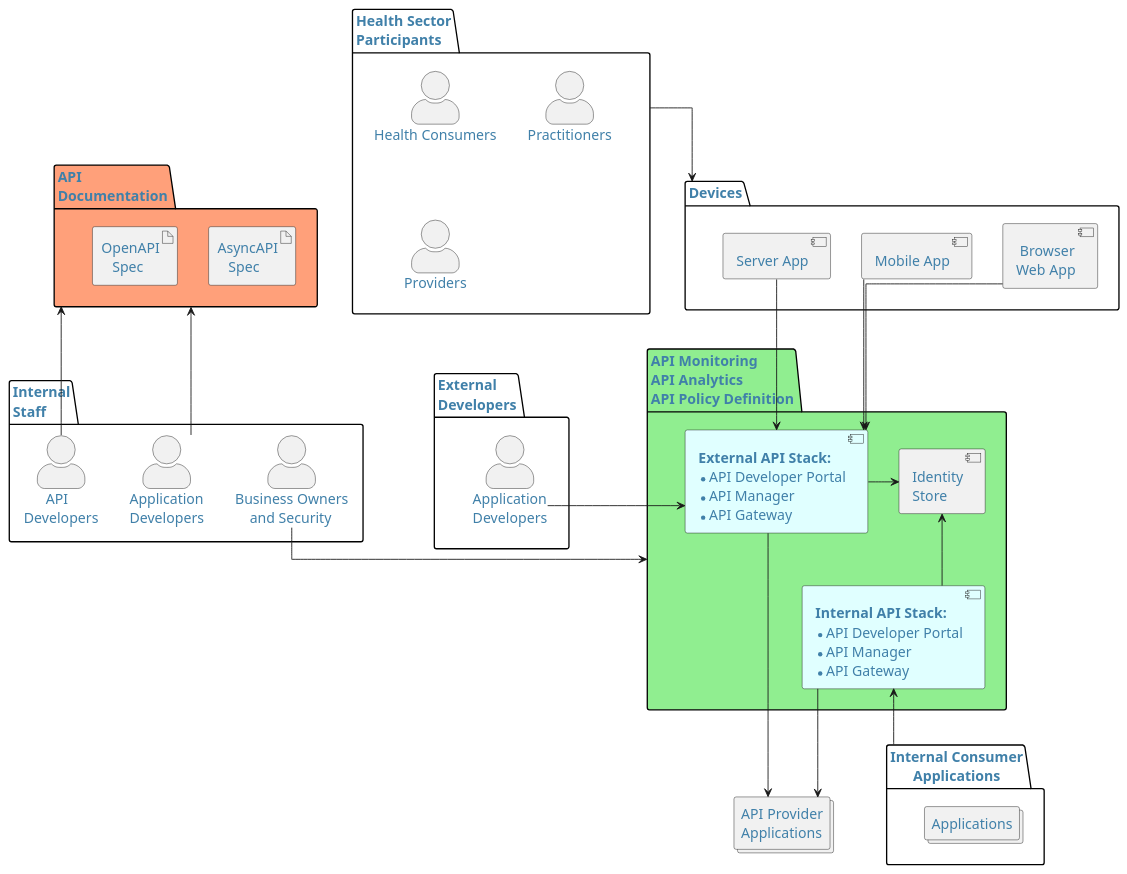
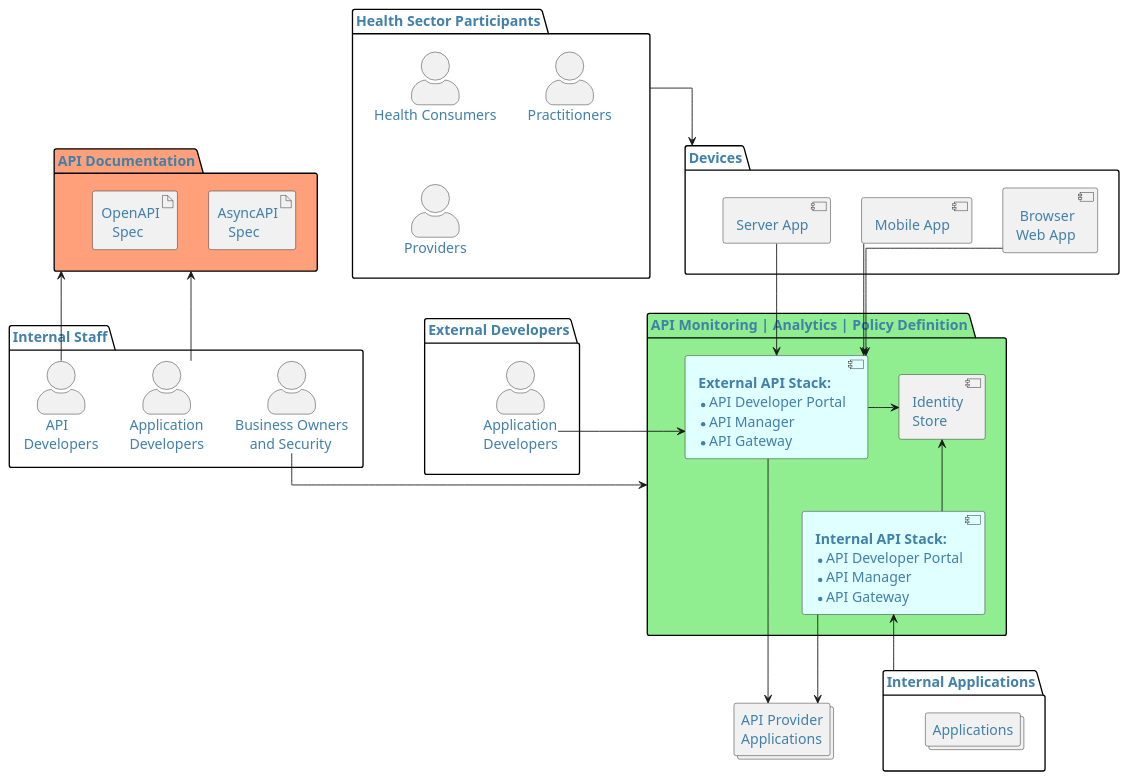
One commit to tewhatuora/api-standards changed the second of 2 diagrams in docs/api-security/02-SecurityReferenceArchitecture.md. Above: the diagram before and after it, drawn with PlantUML. The commit also changed other lines of this file and 3 other files, not shown here.

````diff
--- a/docs/api-security/02-SecurityReferenceArchitecture.md
+++ b/docs/api-security/02-SecurityReferenceArchitecture.md
@@ -231,82 +222,82 @@
 ```plantuml
 @startuml
 skinparam {
     defaultFontColor #4080a9
     defaultBackgroundColor #d7f8ff
     defaultComponentColour #61d9de
     defaultActorColour #61d9de
     defaultFontSize 16
     defaultArrowThickness 6
     actorStyle awesome
     linetype ortho
 }
 skinparam defaultTextAlignment centre
 allowmixing
 
-package "Health Sector\lParticipants" as HSP {
+package "Health Sector Participants" as HSP {
     actor "Health Consumers" as HC
     actor Practitioners
     actor Providers
 }
 
 package "Devices" {
     component " Browser\nWeb App" as B
     component "Mobile App" as MA
     component "Server App" as SA
 }
 
-package "API Monitoring\lAPI Analytics\lAPI Policy Definition" as AAPD #LightGreen {
+package "API Monitoring | Analytics | Policy Definition" as AAPD #LightGreen {
     'package "External" {
         component EAS #LightCyan[
             **External API Stack:**
             * API Developer Portal
             * API Manager
             * API Gateway
             ]
     '}
     'package "Internal" {
         component IAS #LightCyan[
             **Internal API Stack:**
             * API Developer Portal
             * API Manager
             * API Gateway
             ]
     '}
     component "Identity\nStore" as IS
 }
-package "API\lDocumentation" as APID #LightSalmon {
+package "API Documentation" as APID #LightSalmon {
     artifact "AsyncAPI\n   Spec"
     artifact "OpenAPI\n   Spec"
 }
-package "Internal\lStaff" as IStaff {
+package "Internal Staff" as IStaff {
     actor "Application\nDevelopers" as IAppD
     actor "      API\nDevelopers" as IAD
     actor "Business Owners\n    and Security" as IBOS
 
 }
-package "Internal Consumer\nApplications" as IApp {
+package "Internal Applications" as IApp {
     collections "Applications" as IApps
 }
-package "External\lDevelopers" as ED {
+package "External Developers" as ED {
     actor "Application\nDevelopers" as EAD
 }
 
 collections "API Provider\nApplications" as Applications
 
 B -down-> EAS
 MA --> EAS
 SA --> EAS
 EAS --> Applications
 IAppD -up-> APID
 IAD -up-> APID
 IBOS -right-> AAPD
 HSP -down-> Devices
 EAS -right-> IS
 EAD -right-> EAS
 IApp -up-> IAS
 IAS --> Applications
 IAS -up-> IS
 APID -down[hidden]- ED
 
 @enduml
 ```
````
